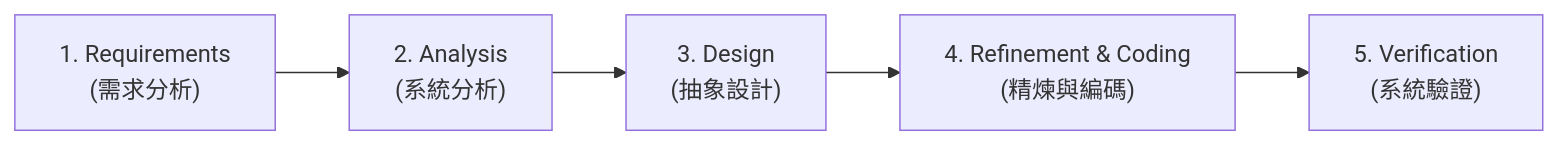
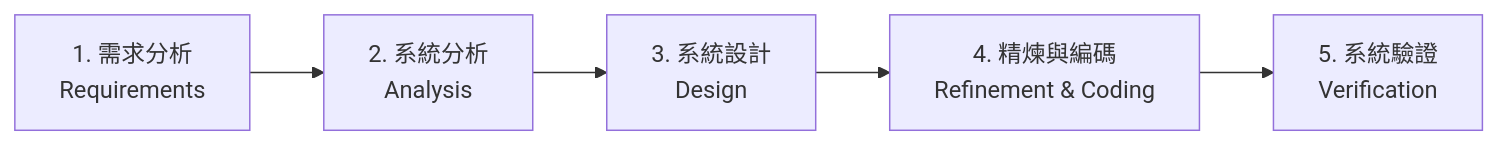
The diagram in courses/data-structures/Ch01-基礎概念與效能分析.md (lliangles/TheNote), drawn with Mermaid before and after one commit. The commit also changed other lines of this file and 85 other files, not shown here.

````diff
--- a/courses/data-structures/Ch01-基礎概念與效能分析.md
+++ b/courses/data-structures/Ch01-基礎概念與效能分析.md
@@ -13,7 +13,7 @@
 ```mermaid
 flowchart LR
-    A["1. Requirements<br>(需求分析)"] --> B["2. Analysis<br>(系統分析)"]
-    B --> C["3. Design<br>(抽象設計)"]
-    C --> D["4. Refinement & Coding<br>(精煉與編碼)"]
-    D --> E["5. Verification<br>(系統驗證)"]
+    A["1. 需求分析<br/>Requirements"] --> B["2. 系統分析<br/>Analysis"]
+    B --> C["3. 系統設計<br/>Design"]
+    C --> D["4. 精煉與編碼<br/>Refinement & Coding"]
+    D --> E["5. 系統驗證<br/>Verification"]
 ```
````
